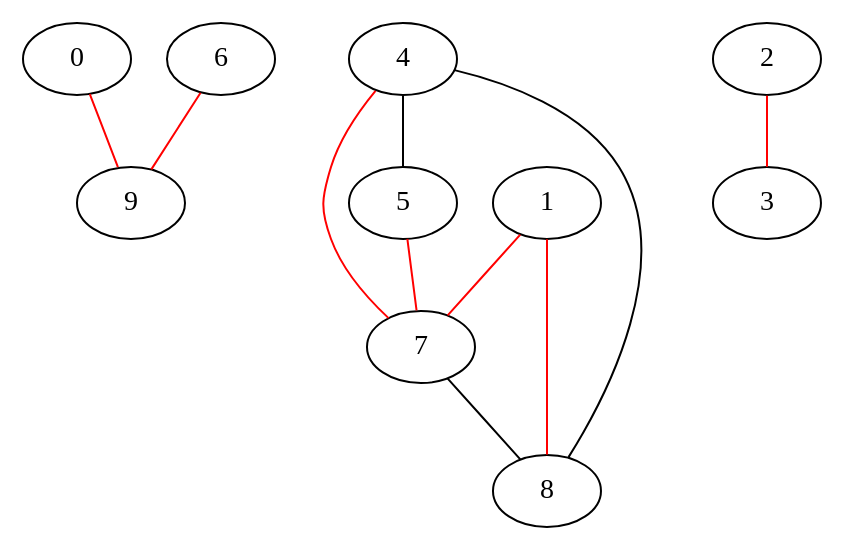
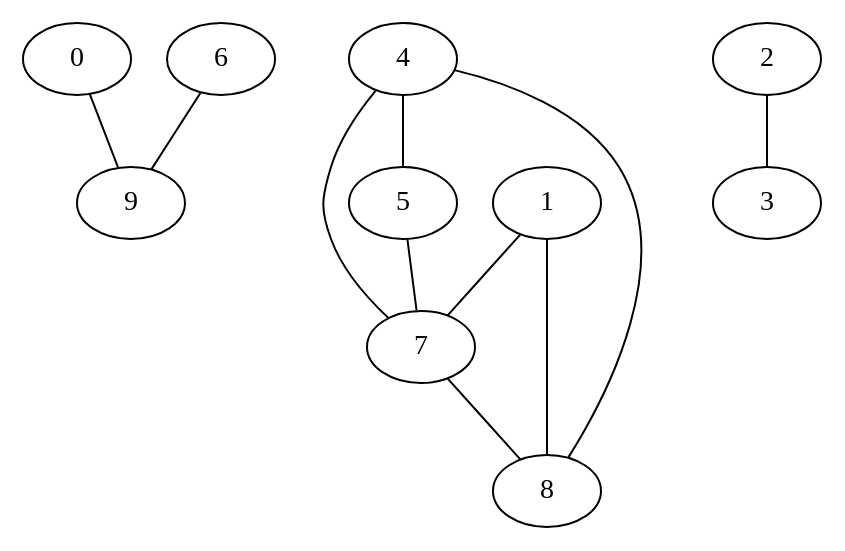
Before and after one commit to amitkvikram/CS2100: the diagram in week4/six.dot, drawn with Graphviz. The commit also changed 53 other files, not shown here.

```diff
--- a/week4/six.dot
+++ b/week4/six.dot
@@ -1,15 +1,15 @@
 graph six{
-	0 -- 9[color=red];
-	1 -- 7[color=red];
-	1 -- 8[color=red];
-	2 -- 3[color=red];
+	0 -- 9;
+	1 -- 7;
+	1 -- 8;
+	2 -- 3;
 	3;
 	4 -- 5;
-	4 -- 7[color=red];
+	4 -- 7;
 	4 -- 8;
-	5 -- 7[color=red];
-	6 -- 9[color=red];
+	5 -- 7;
+	6 -- 9;
 	7 -- 8;
 	8;
 	9
 }
```
